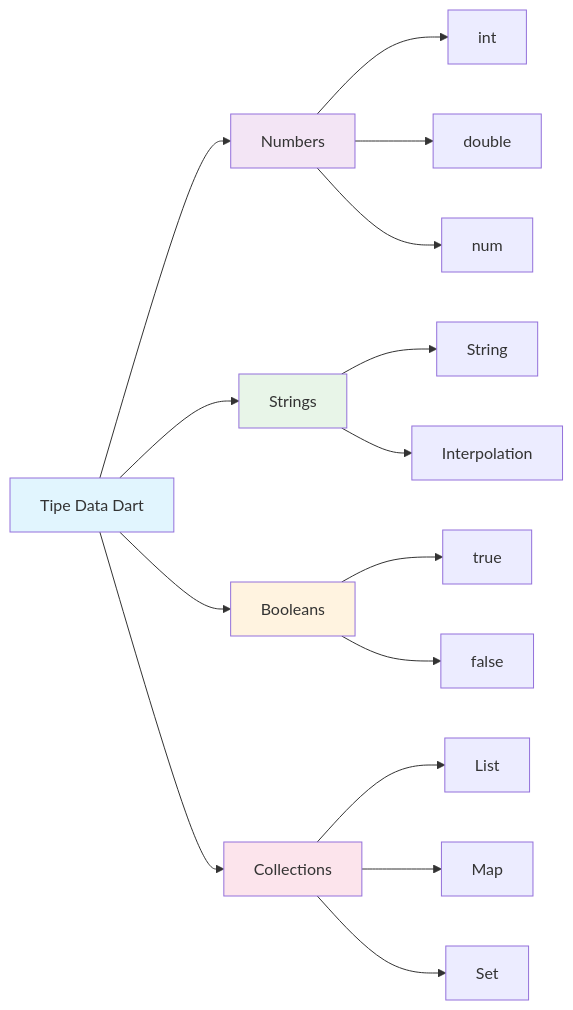
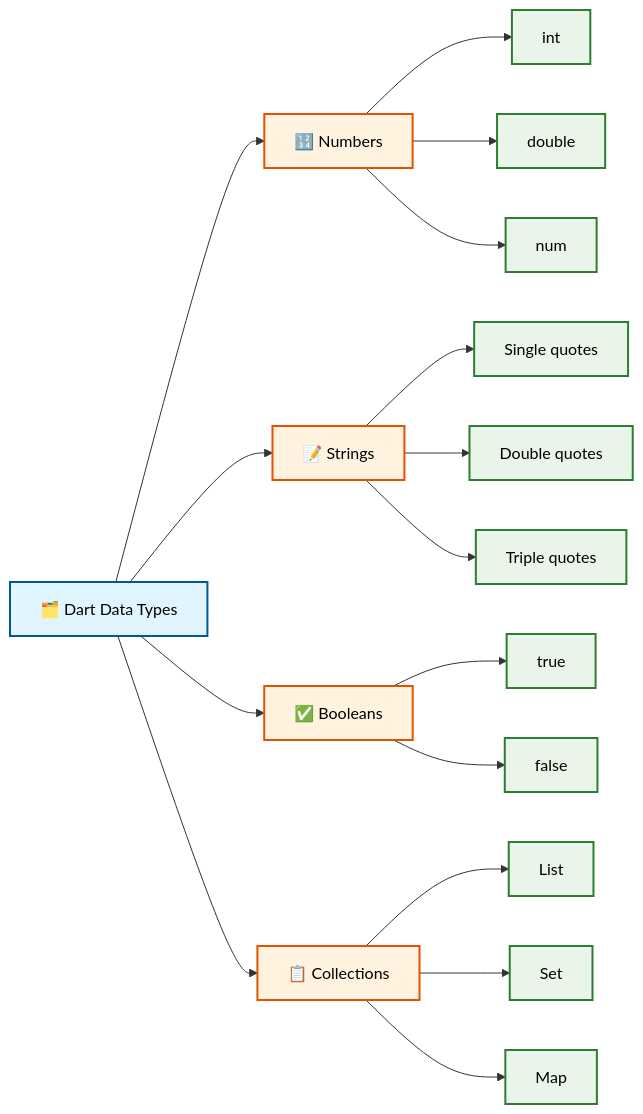
Before and after one commit to antonprafanto/flutter: the eighth of 14 diagrams in minggu1.md, drawn with Mermaid. The commit also changed other lines of this file, not shown here.

````diff
--- a/minggu1.md
+++ b/minggu1.md
@@ -317,27 +446,39 @@
 ```mermaid
 flowchart LR
-    A[Tipe Data Dart] --> B[Numbers]
-    A --> C[Strings]
-    A --> D[Booleans]
-    A --> E[Collections]
+    A[🗂️ Dart Data Types] --> B[🔢 Numbers]
+    A --> C[📝 Strings]
+    A --> D[✅ Booleans]
+    A --> E[📋 Collections]
     
     B --> B1[int]
     B --> B2[double]
     B --> B3[num]
     
-    C --> C1[String]
-    C --> C2[Interpolation]
+    C --> C1[Single quotes]
+    C --> C2[Double quotes]
+    C --> C3[Triple quotes]
     
     D --> D1[true]
     D --> D2[false]
     
     E --> E1[List]
-    E --> E2[Map]
-    E --> E3[Set]
+    E --> E2[Set]
+    E --> E3[Map]
     
-    style A fill:#e1f5fe
-    style B fill:#f3e5f5
-    style C fill:#e8f5e8
-    style D fill:#fff3e0
-    style E fill:#fce4ec
+    style A fill:#e1f5fe,stroke:#01579b,stroke-width:2px,color:#000
+    style B fill:#fff3e0,stroke:#e65100,stroke-width:2px,color:#000
+    style C fill:#fff3e0,stroke:#e65100,stroke-width:2px,color:#000
+    style D fill:#fff3e0,stroke:#e65100,stroke-width:2px,color:#000
+    style E fill:#fff3e0,stroke:#e65100,stroke-width:2px,color:#000
+    style B1 fill:#e8f5e8,stroke:#2e7d32,stroke-width:2px,color:#000
+    style B2 fill:#e8f5e8,stroke:#2e7d32,stroke-width:2px,color:#000
+    style B3 fill:#e8f5e8,stroke:#2e7d32,stroke-width:2px,color:#000
+    style C1 fill:#e8f5e8,stroke:#2e7d32,stroke-width:2px,color:#000
+    style C2 fill:#e8f5e8,stroke:#2e7d32,stroke-width:2px,color:#000
+    style C3 fill:#e8f5e8,stroke:#2e7d32,stroke-width:2px,color:#000
+    style D1 fill:#e8f5e8,stroke:#2e7d32,stroke-width:2px,color:#000
+    style D2 fill:#e8f5e8,stroke:#2e7d32,stroke-width:2px,color:#000
+    style E1 fill:#e8f5e8,stroke:#2e7d32,stroke-width:2px,color:#000
+    style E2 fill:#e8f5e8,stroke:#2e7d32,stroke-width:2px,color:#000
+    style E3 fill:#e8f5e8,stroke:#2e7d32,stroke-width:2px,color:#000
 ```
````
